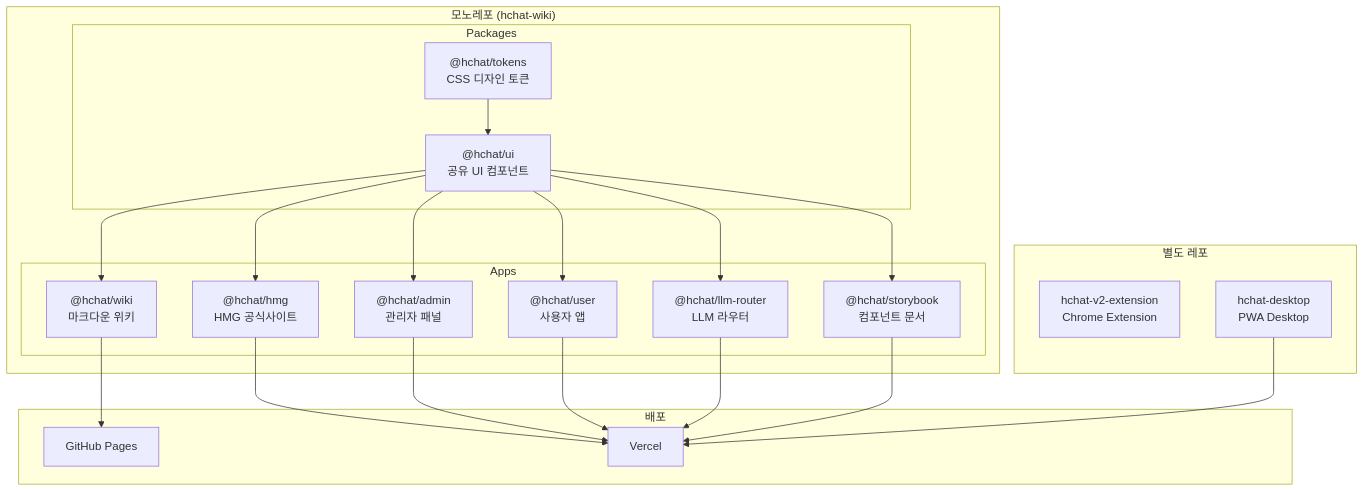
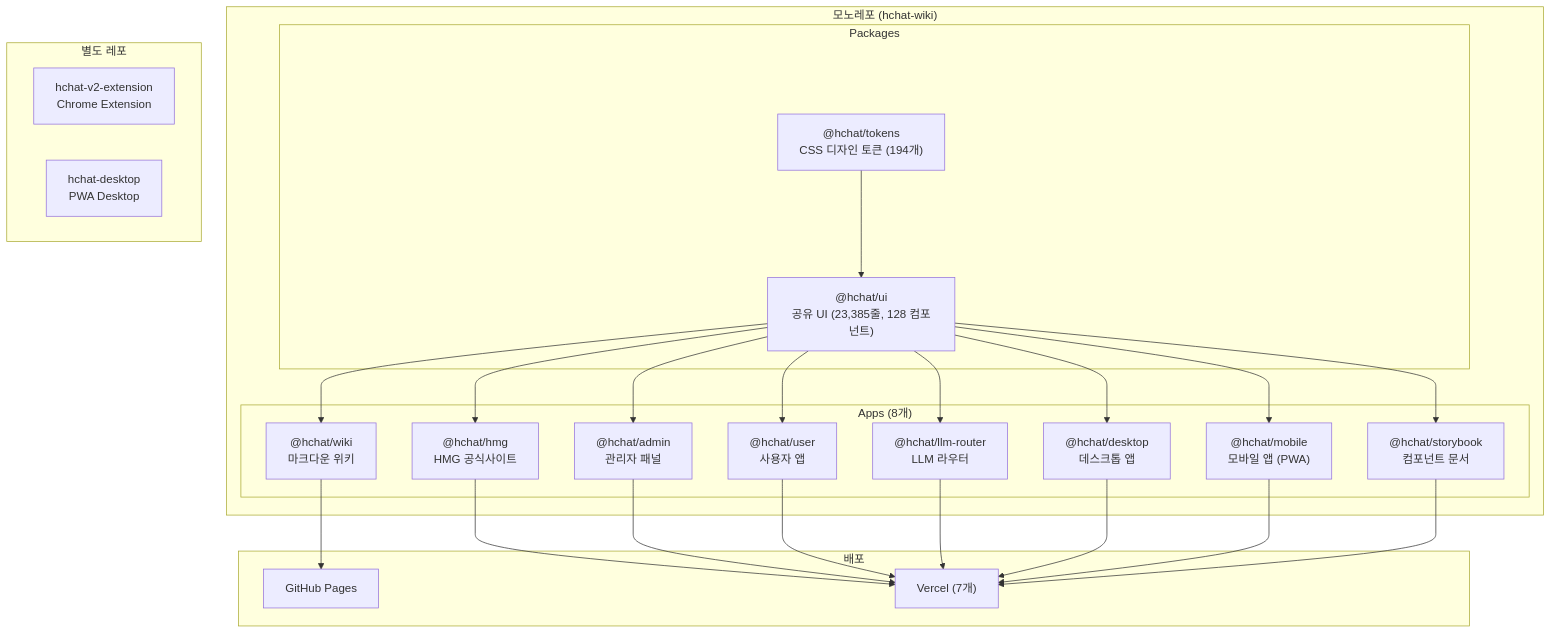
The first of 11 diagrams in docs/ARCHITECTURE.md (sgtlim0/sgtlim0.github.io), drawn with Mermaid before and after one commit. The commit also changed other lines of this file and 23 other files, not shown here.

````diff
--- a/docs/ARCHITECTURE.md
+++ b/docs/ARCHITECTURE.md
@@ -5,44 +7,49 @@
 ```mermaid
 graph TB
     subgraph "모노레포 (hchat-wiki)"
         subgraph "Packages"
-            TOKENS["@hchat/tokens<br/>CSS 디자인 토큰"]
-            UI["@hchat/ui<br/>공유 UI 컴포넌트"]
+            TOKENS["@hchat/tokens<br/>CSS 디자인 토큰 (194개)"]
+            UI["@hchat/ui<br/>공유 UI (23,385줄, 128 컴포넌트)"]
         end
 
-        subgraph "Apps"
+        subgraph "Apps (8개)"
             WIKI["@hchat/wiki<br/>마크다운 위키"]
             HMG["@hchat/hmg<br/>HMG 공식사이트"]
             ADMIN["@hchat/admin<br/>관리자 패널"]
             USER["@hchat/user<br/>사용자 앱"]
             LLM["@hchat/llm-router<br/>LLM 라우터"]
+            DESK["@hchat/desktop<br/>데스크톱 앱"]
+            MOBI["@hchat/mobile<br/>모바일 앱 (PWA)"]
             SB["@hchat/storybook<br/>컴포넌트 문서"]
         end
 
         TOKENS --> UI
         UI --> WIKI
         UI --> HMG
         UI --> ADMIN
         UI --> USER
         UI --> LLM
+        UI --> DESK
+        UI --> MOBI
         UI --> SB
     end
 
     subgraph "별도 레포"
         EXT["hchat-v2-extension<br/>Chrome Extension"]
-        DESK["hchat-desktop<br/>PWA Desktop"]
+        DESKPWA["hchat-desktop<br/>PWA Desktop"]
     end
 
     subgraph "배포"
         GP["GitHub Pages"]
-        V1["Vercel"]
+        V1["Vercel (7개)"]
     end
 
     WIKI --> GP
     HMG --> V1
     ADMIN --> V1
     USER --> V1
     LLM --> V1
+    DESK --> V1
+    MOBI --> V1
     SB --> V1
-    DESK --> V1
 ```
````
